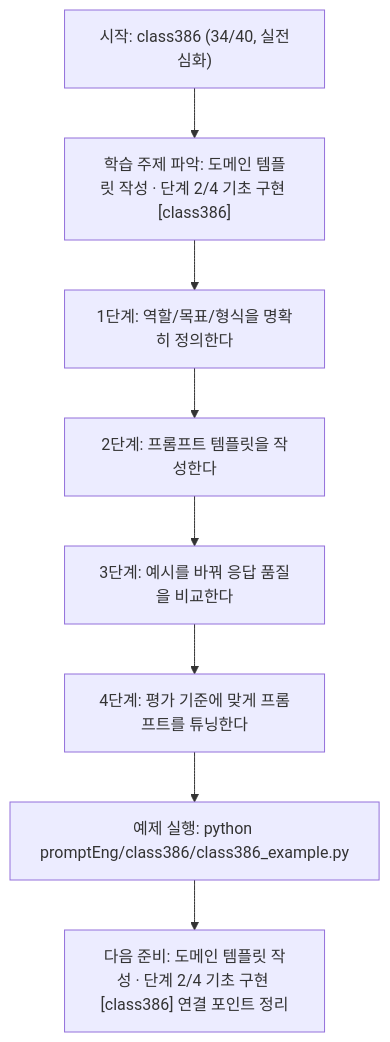
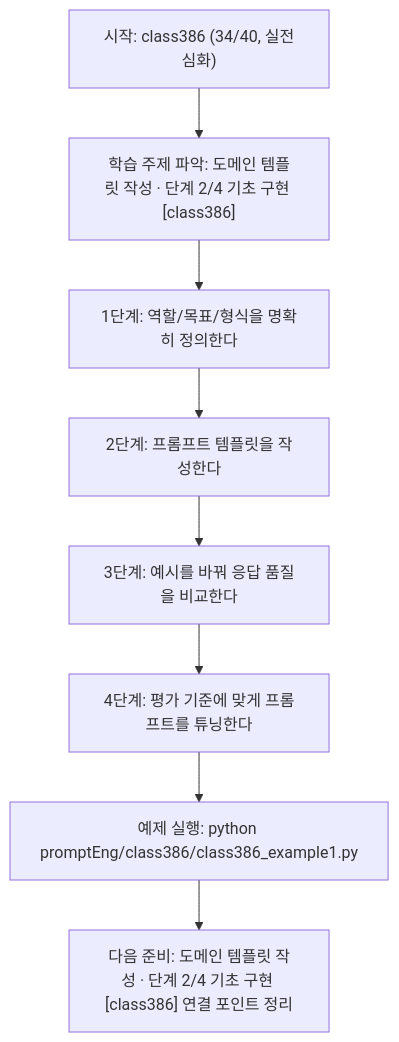
Before and after one commit to edumgt/Python-AI_Agent-Class: the diagram in promptEng/class386/class386.md, drawn with Mermaid. The commit also changed other lines of this file and 2959 other files, not shown here.

````diff
--- a/promptEng/class386/class386.md
+++ b/promptEng/class386/class386.md
@@ -110,18 +110,18 @@
 ```mermaid
 flowchart TD
 N1["시작: class386 (34/40, 실전심화)"]
 N2["학습 주제 파악: 도메인 템플릿 작성 · 단계 2/4 기초 구현 [class386]"]
 N3["1단계: 역할/목표/형식을 명확히 정의한다"]
 N4["2단계: 프롬프트 템플릿을 작성한다"]
 N5["3단계: 예시를 바꿔 응답 품질을 비교한다"]
 N6["4단계: 평가 기준에 맞게 프롬프트를 튜닝한다"]
-N7["예제 실행: python promptEng/class386/class386_example.py"]
+N7["예제 실행: python promptEng/class386/class386_example1.py"]
 N8["다음 준비: 도메인 템플릿 작성 · 단계 2/4 기초 구현 [class386] 연결 포인트 정리"]
 N1 --> N2
 N2 --> N3
 N3 --> N4
 N4 --> N5
 N5 --> N6
 N6 --> N7
 N7 --> N8
 ```
````
